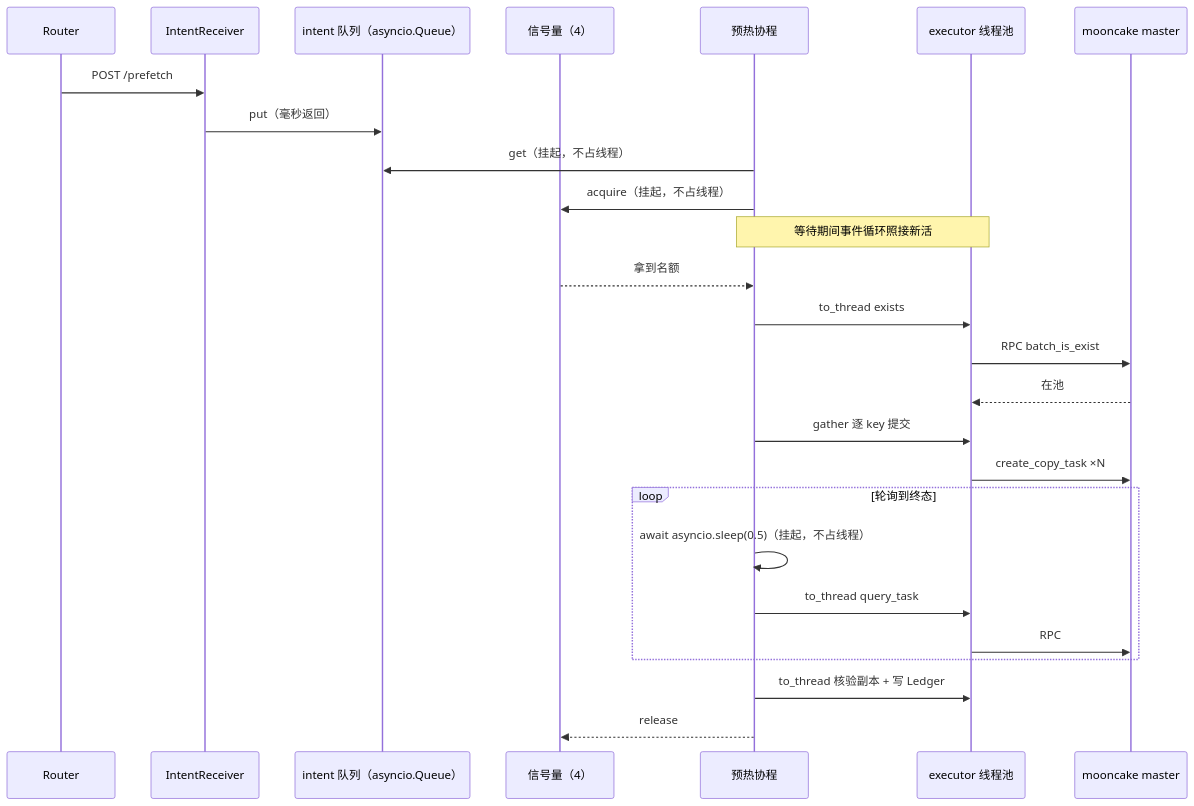
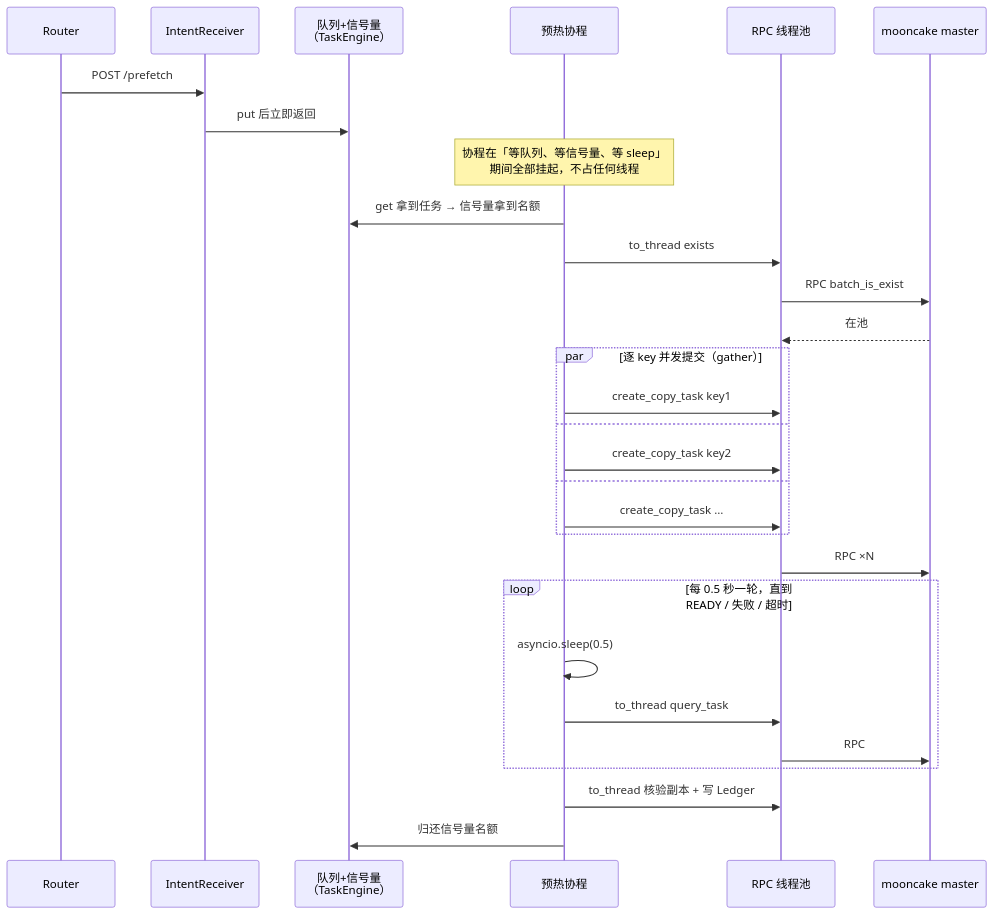
Before and after one commit to 5x8-40/lake: the diagram in kvcm/design/design-record.md, drawn with Mermaid. The commit also changed other lines of this file, not shown here.

Commit message:
docs(kvcm): 时序图重画 + 两步走段重写——按意见清晰化
- 时序图：队列与信号量并为 TaskEngine 一个参与者；「挂起不占线程」从三次重复标注改为 Note 统一说明一次；并发提交用 par 块画出；轮询循环写明「每 0.5 秒一轮」；补图后两行读图要点（线程只在 RPC 列出现 / 协程挂起免费）
- 「不选两步走」段重写：先讲两步走是什么（本期同步承接 + E15 再改写），再讲为什么不走（E15 的 gather 在同步代码做不了、flow 到时必须改异步、本期承接代码注定被拆 = flow 写两遍）

````diff
--- a/kvcm/design/design-record.md
+++ b/kvcm/design/design-record.md
@@ -41,29 +41,32 @@
 ```mermaid
 sequenceDiagram
     participant R as Router
     participant Recv as IntentReceiver
-    participant Q as intent 队列（asyncio.Queue）
-    participant Sem as 信号量（4）
+    participant Q as 队列+信号量<br/>（TaskEngine）
     participant W as 预热协程
-    participant Ex as executor 线程池
+    participant Ex as RPC 线程池
     participant M as mooncake master
 
     R->>Recv: POST /prefetch
-    Recv->>Q: put（毫秒返回）
-    W->>Q: get（挂起，不占线程）
-    W->>Sem: acquire（挂起，不占线程）
-    Note over W,Ex: 等待期间事件循环照接新活
-    Sem-->>W: 拿到名额
+    Recv->>Q: put 后立即返回
+    Note over W: 协程在「等队列、等信号量、等 sleep」<br/>期间全部挂起，不占任何线程
+    W->>Q: get 拿到任务 → 信号量拿到名额
     W->>Ex: to_thread exists
     Ex->>M: RPC batch_is_exist
     M-->>Ex: 在池
-    W->>Ex: gather 逐 key 提交
-    Ex->>M: create_copy_task ×N
-    loop 轮询到终态
-        W->>W: await asyncio.sleep(0.5)（挂起，不占线程）
+    par 逐 key 并发提交（gather）
+        W->>Ex: create_copy_task key1
+    and
+        W->>Ex: create_copy_task key2
+    and
+        W->>Ex: create_copy_task …
+    end
+    Ex->>M: RPC ×N
+    loop 每 0.5 秒一轮，直到 READY / 失败 / 超时
+        W->>W: asyncio.sleep(0.5)
         W->>Ex: to_thread query_task
         Ex->>M: RPC
     end
     W->>Ex: to_thread 核验副本 + 写 Ledger
-    W-->>Sem: release
+    W->>Q: 归还信号量名额
 ```
````
